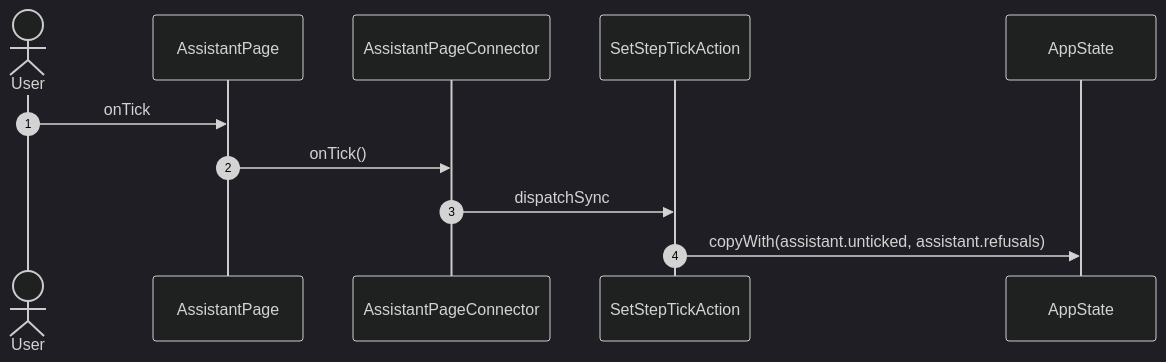
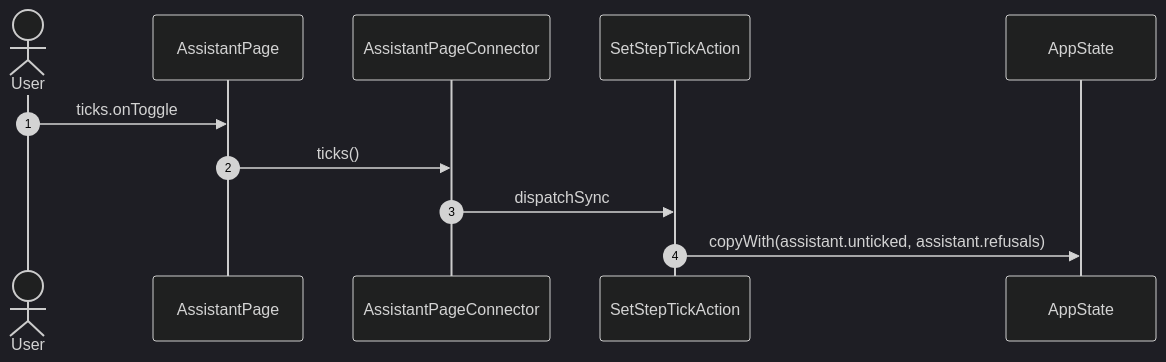
The first of 23 diagrams in studio/docs/flows/assistant.md (gencto/wyrm), drawn with Mermaid (dark theme) before and after one commit. The commit also changed other lines of this file and 94 other files, not shown here.

````diff
--- a/studio/docs/flows/assistant.md
+++ b/studio/docs/flows/assistant.md
@@ -9,14 +9,14 @@
 ```mermaid
 sequenceDiagram
     autonumber
     actor User
     participant UI as AssistantPage
     participant VM as AssistantPageConnector
     participant A1 as SetStepTickAction
     participant ST as AppState
 
-    User->>UI: onTick
-    UI->>VM: onTick()
+    User->>UI: ticks.onToggle
+    UI->>VM: ticks()
     VM->>A1: dispatchSync
     A1->>ST: copyWith(assistant.unticked, assistant.refusals)
 ```
````
